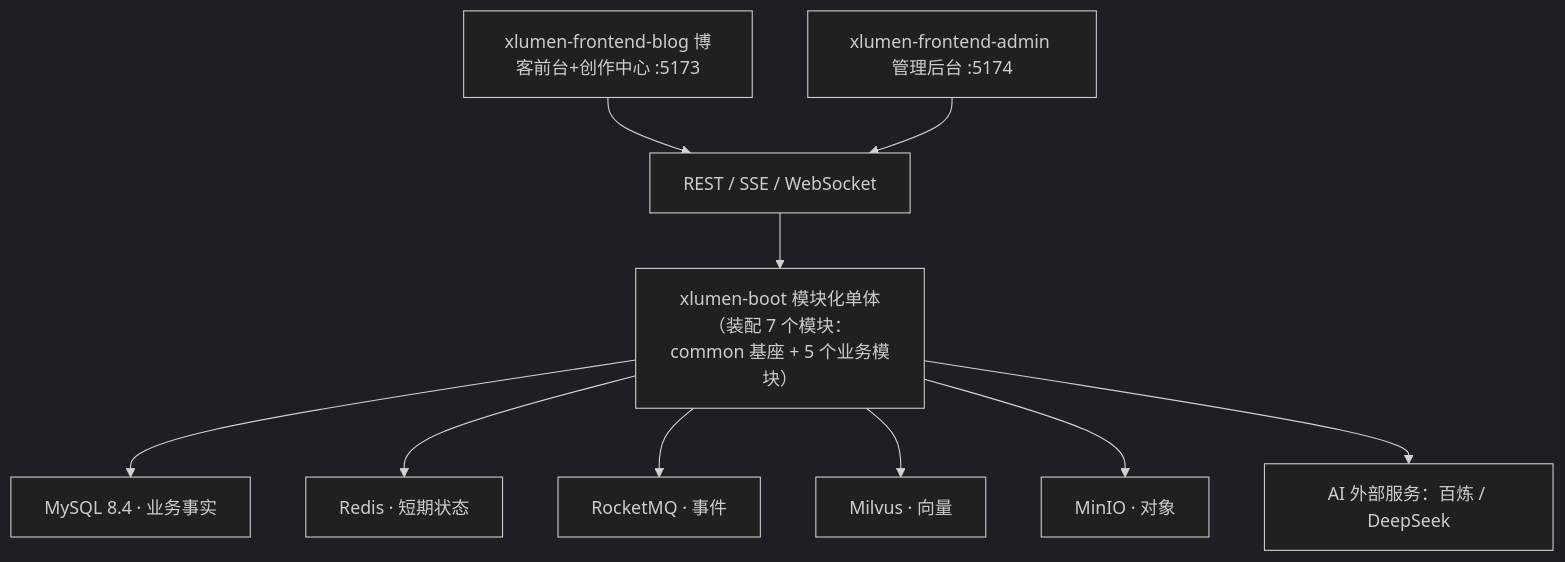
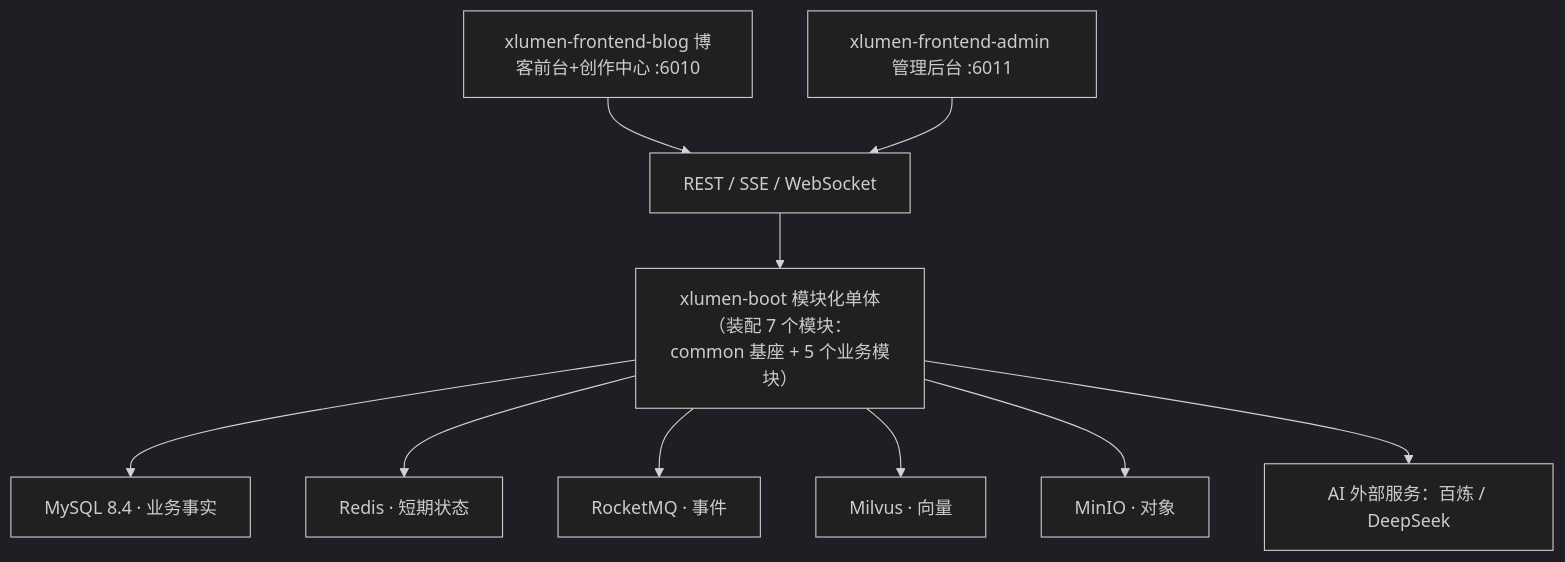
One commit to calwenb/x-lumen changed the diagram in docs/global/GLOBAL.md. Above: the diagram before and after it, drawn with Mermaid (dark theme). The commit also changed other lines of this file and 16 other files, not shown here.

````diff
--- a/docs/global/GLOBAL.md
+++ b/docs/global/GLOBAL.md
@@ -64,12 +64,12 @@
 ```mermaid
 flowchart TB
-    BLOG["xlumen-frontend-blog 博客前台+创作中心 :5173"] --> API["REST / SSE / WebSocket"]
-    ADMIN["xlumen-frontend-admin 管理后台 :5174"] --> API
+    BLOG["xlumen-frontend-blog 博客前台+创作中心 :6010"] --> API["REST / SSE / WebSocket"]
+    ADMIN["xlumen-frontend-admin 管理后台 :6011"] --> API
     API --> BOOT["xlumen-boot 模块化单体（装配 7 个模块：common 基座 + 5 个业务模块）"]
     BOOT --> MYSQL["MySQL 8.4 · 业务事实"]
     BOOT --> REDIS["Redis · 短期状态"]
     BOOT --> MQ["RocketMQ · 事件"]
     BOOT --> MILVUS["Milvus · 向量"]
     BOOT --> MINIO["MinIO · 对象"]
     BOOT --> AI["AI 外部服务：百炼 / DeepSeek"]
 ```
````
